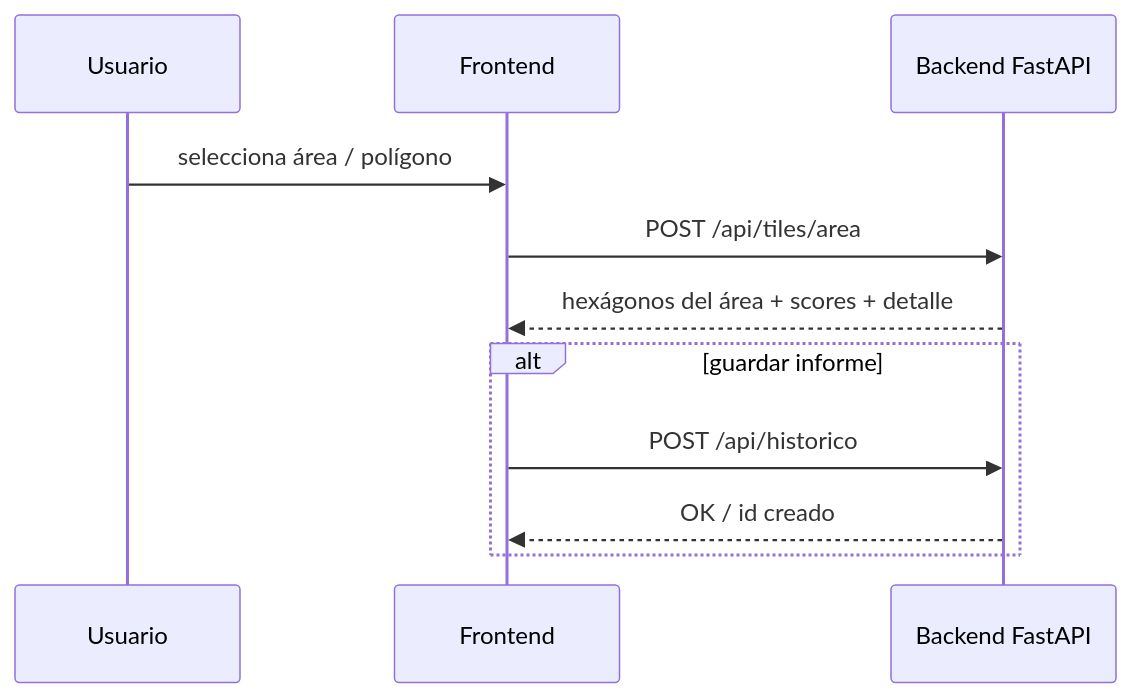
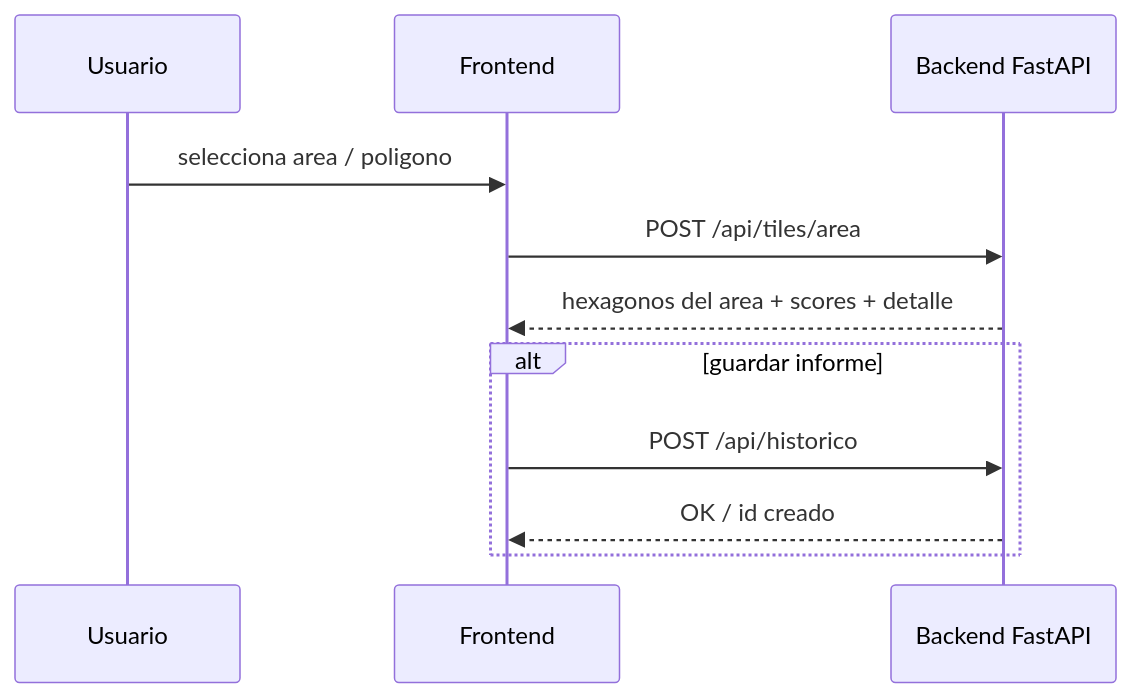
Before and after one commit to DimensionSwVento/AppVento: the fifth of 5 diagrams in docs/architecture/diagrama-de-integracion-y-uso.md, drawn with Mermaid. The commit also changed other lines of this file, not shown here.

Commit message:
Update integration document with a simplified Mermaid-safe version

````diff
--- a/docs/architecture/diagrama-de-integracion-y-uso.md
+++ b/docs/architecture/diagrama-de-integracion-y-uso.md
@@ -137,15 +137,15 @@
 ```mermaid
 sequenceDiagram
     participant U as Usuario
     participant F as Frontend
     participant B as Backend FastAPI
 
-    U->>F: selecciona área / polígono
+    U->>F: selecciona area / poligono
     F->>B: POST /api/tiles/area
-    B-->>F: hexágonos del área + scores + detalle
+    B-->>F: hexagonos del area + scores + detalle
 
     alt guardar informe
         F->>B: POST /api/historico
         B-->>F: OK / id creado
     end
 ```
````
